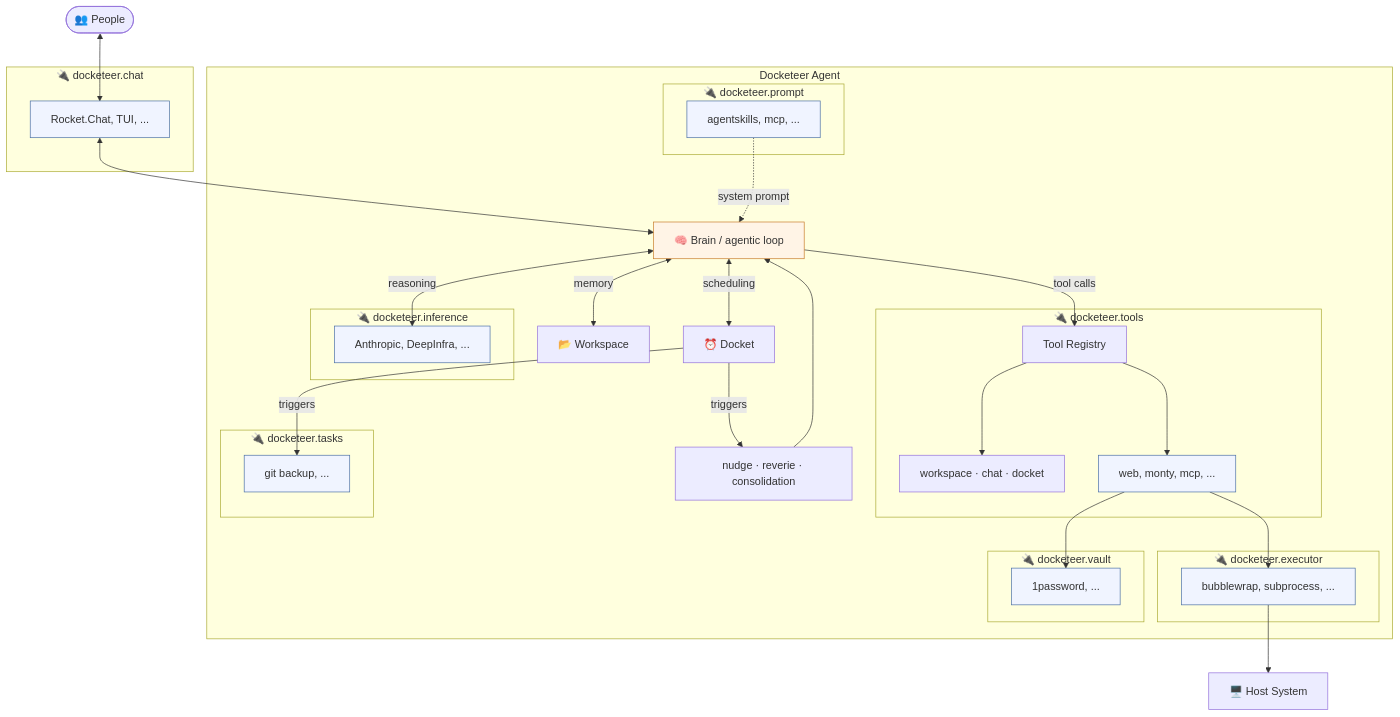
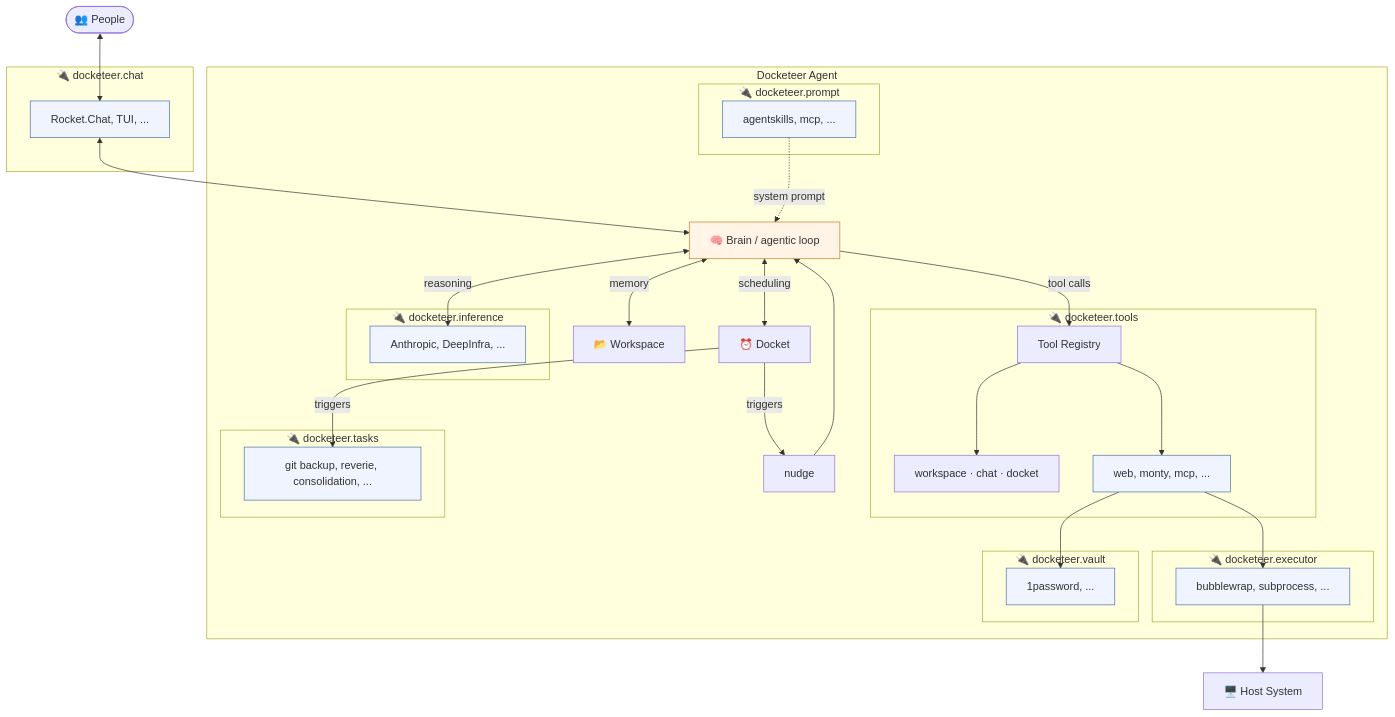
One commit to chrisguidry/docketeer changed the diagram in README.md. Above: the diagram before and after it, drawn with Mermaid. The commit also changed other lines of this file and 56 other files, not shown here.

````diff
--- a/README.md
+++ b/README.md
@@ -67,61 +69,61 @@
 ```mermaid
 graph TD
     People(["👥 People"])
     People <--> ChatClient
 
     subgraph chat ["🔌 docketeer.chat"]
         ChatClient["Rocket.Chat, TUI, ..."]
     end
 
     ChatClient <--> Brain
 
     subgraph agent ["Docketeer Agent"]
         Brain["🧠 Brain / agentic loop"]
 
         subgraph inference ["🔌 docketeer.inference"]
             API["Anthropic, DeepInfra, ..."]
         end
         Brain <-- "reasoning" --> API
         Brain <-- "memory" --> Workspace["📂 Workspace"]
         Brain <-- "scheduling" --> Docket["⏰ Docket"]
 
-        Docket -- triggers --> CoreTasks["nudge · reverie · consolidation"]
+        Docket -- triggers --> CoreTasks["nudge"]
         CoreTasks --> Brain
 
         subgraph prompt ["🔌 docketeer.prompt"]
             Prompts["agentskills, mcp, ..."]
         end
         Prompts -. system prompt .-> Brain
 
         Brain -- tool calls --> Registry
         subgraph tools ["🔌 docketeer.tools"]
             Registry["Tool Registry"]
             CoreTools["workspace · chat · docket"]
             PluginTools["web, monty, mcp, ..."]
         end
         Registry --> CoreTools
         Registry --> PluginTools
 
         Docket -- triggers --> PluginTasks
         subgraph tasks ["🔌 docketeer.tasks"]
-            PluginTasks["git backup, ..."]
+            PluginTasks["git backup, reverie, consolidation, ..."]
         end
 
         subgraph executor ["🔌 docketeer.executor"]
             Sandbox["bubblewrap, subprocess, ..."]
         end
         PluginTools --> Sandbox
 
         subgraph vault ["🔌 docketeer.vault"]
             Secrets["1password, ..."]
         end
         PluginTools --> Secrets
     end
 
     Sandbox --> Host["🖥️ Host System"]
 
     classDef plugin fill:#f0f4ff,stroke:#4a6fa5
     classDef core fill:#fff4e6,stroke:#c77b2a
     class API,ChatClient,Prompts,PluginTools,Sandbox,Secrets,PluginTasks plugin
     class Brain core
 ```
````
